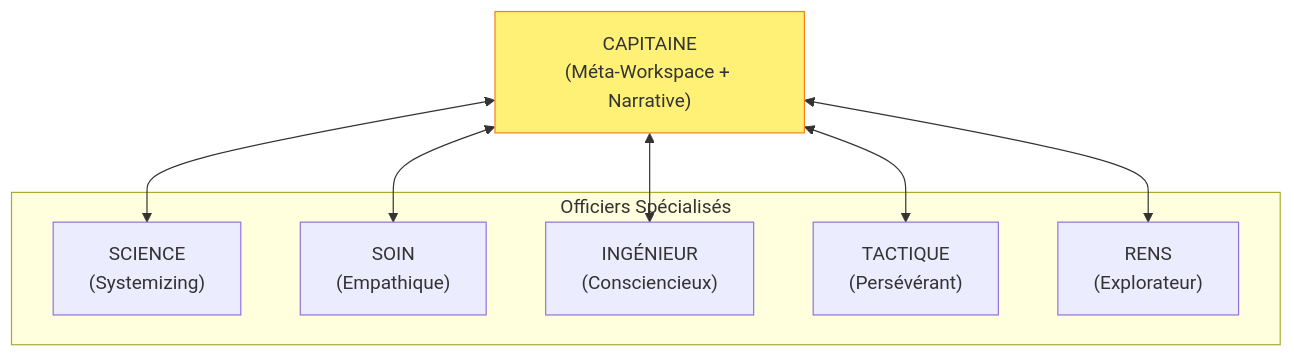
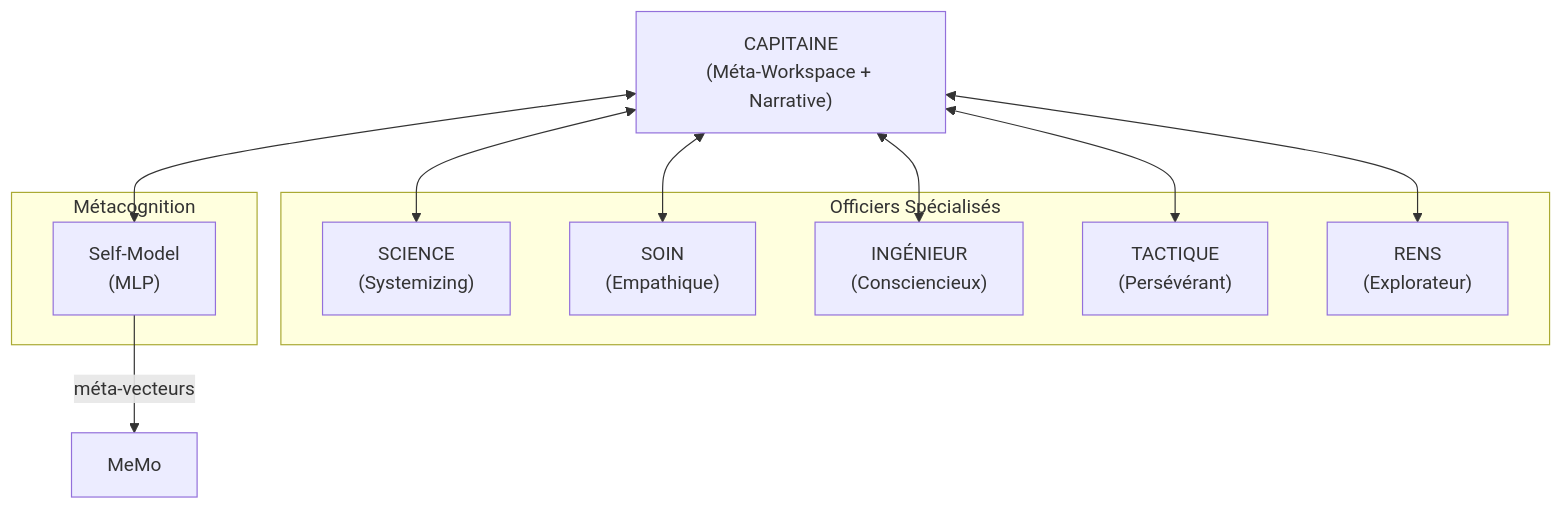
One commit to AlainCo/GNWT-Garrigue-X changed the third of 6 diagrams in architecture/architecture.md. Above: the diagram before and after it, drawn with Mermaid. The commit also changed other lines of this file and 2 other files, not shown here.

````diff
--- a/architecture/architecture.md
+++ b/architecture/architecture.md
@@ -64,21 +66,25 @@
 ```mermaid
 flowchart TD
     Capitaine["CAPITAINE\n(Méta-Workspace + Narrative)"] 
 
     subgraph Officiers ["Officiers Spécialisés"]
         Science["SCIENCE\n(Systemizing)"]
         Soin["SOIN\n(Empathique)"]
         Ingenieur["INGÉNIEUR\n(Consciencieux)"]
         Tactique["TACTIQUE\n(Persévérant)"]
         Rens["RENS\n(Explorateur)"]
     end
 
+    subgraph Meta ["Métacognition"]
+        SM["Self-Model\n(MLP)"]
+    end
+
     Capitaine <--> Science
     Capitaine <--> Soin
     Capitaine <--> Ingenieur
     Capitaine <--> Tactique
     Capitaine <--> Rens
+    Capitaine <--> SM
 
-    classDef captain fill:#fff176,stroke:#f57f17
-    class Capitaine captain
+    SM -->|"méta‑vecteurs"| MeMo
 ```
````
